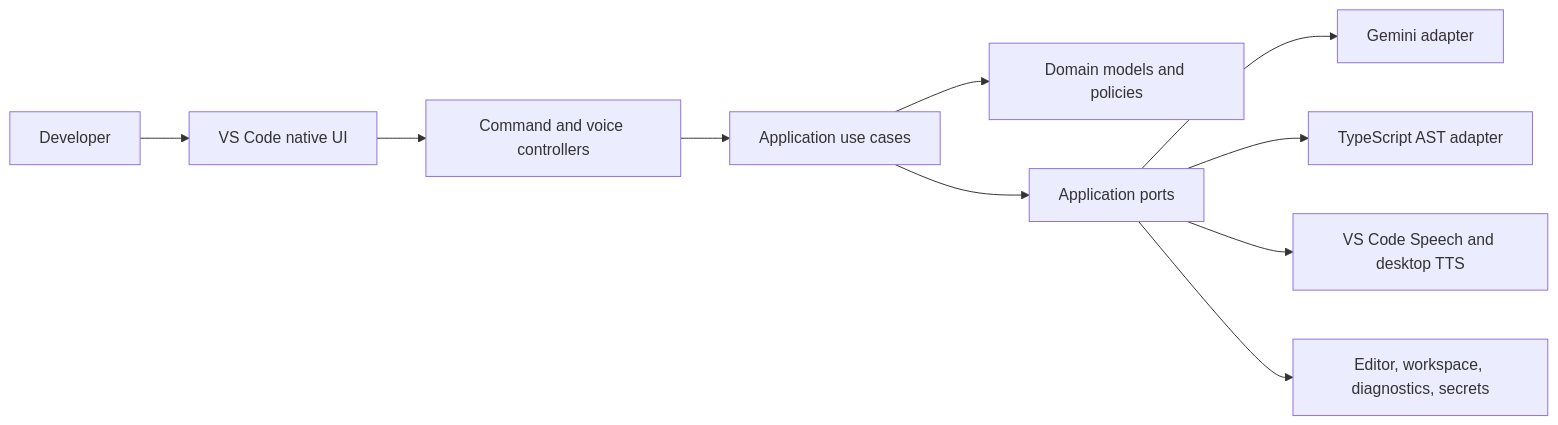
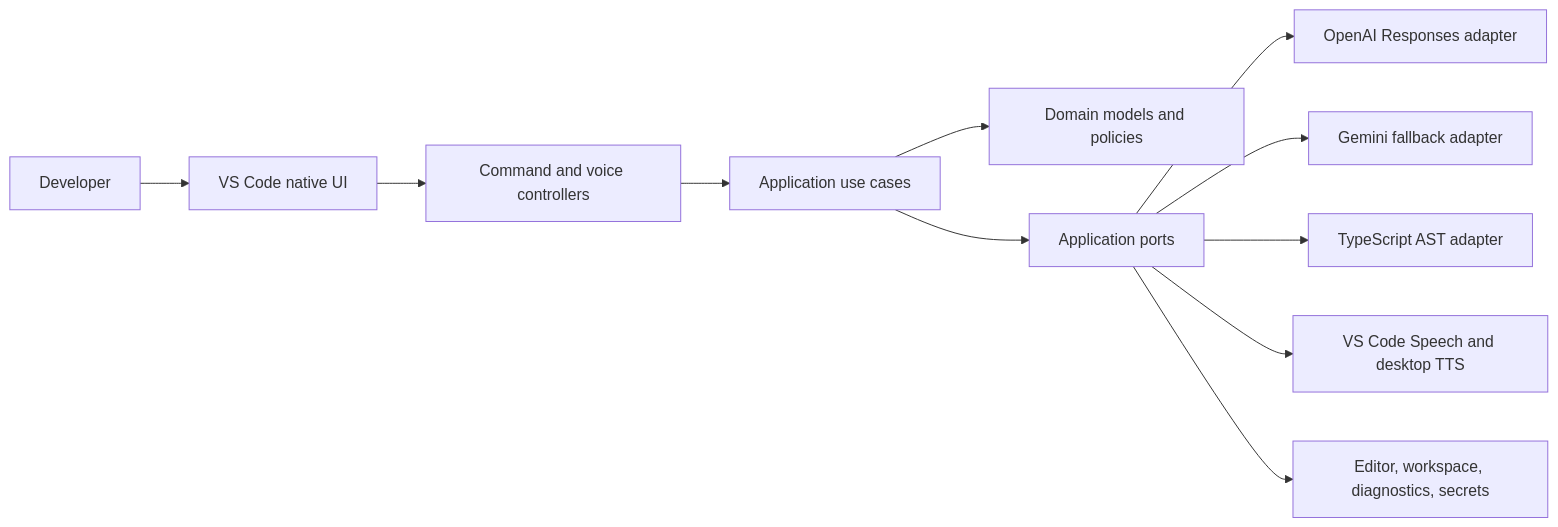
The first of 2 diagrams in docs/architecture.md (aarjjun/CodeSpeak-AI), drawn with Mermaid before and after one commit. The commit also changed other lines of this file and 46 other files, not shown here.

````diff
--- a/docs/architecture.md
+++ b/docs/architecture.md
@@ -7,12 +7,13 @@
 ```mermaid
 flowchart LR
     User["Developer"] --> NativeUI["VS Code native UI"]
     NativeUI --> Commands["Command and voice controllers"]
     Commands --> UseCases["Application use cases"]
     UseCases --> Domain["Domain models and policies"]
     UseCases --> Ports["Application ports"]
-    Ports --> Gemini["Gemini adapter"]
+    Ports --> OpenAI["OpenAI Responses adapter"]
+    Ports --> Gemini["Gemini fallback adapter"]
     Ports --> Parser["TypeScript AST adapter"]
     Ports --> Speech["VS Code Speech and desktop TTS"]
     Ports --> VSCode["Editor, workspace, diagnostics, secrets"]
 ```
````
